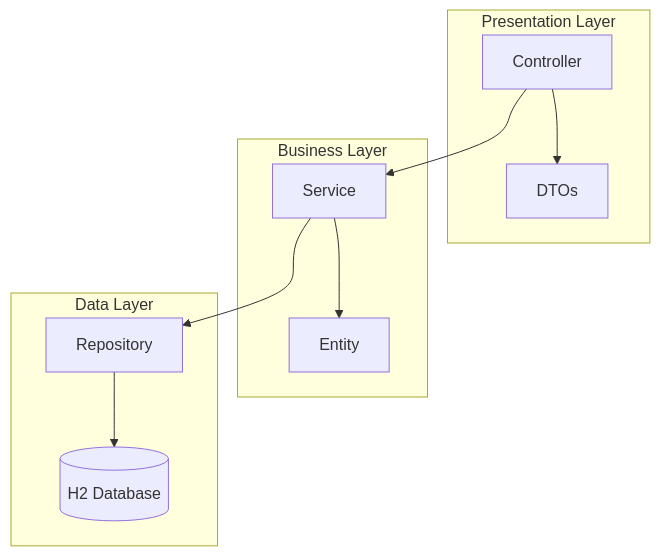
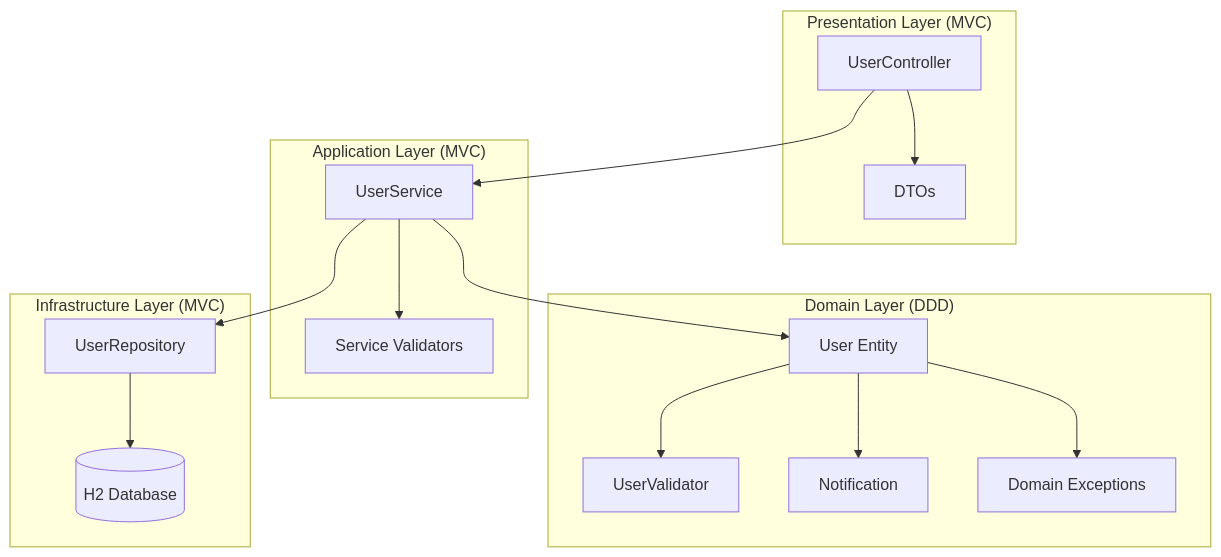
Before and after one commit to AlexCajeFelix/GRUPO-BUSINESS-BRASIL: the first of 4 diagrams in README.md, drawn with Mermaid. The commit also changed other lines of this file, not shown here.

````diff
--- a/README.md
+++ b/README.md
@@ -350,23 +534,34 @@
 ```mermaid
 graph TB
-    subgraph "Presentation Layer"
-        C[Controller]
+    subgraph "Presentation Layer (MVC)"
+        C[UserController]
         DTO[DTOs]
     end
     
-    subgraph "Business Layer"
-        S[Service]
-        E[Entity]
+    subgraph "Application Layer (MVC)"
+        S[UserService]
+        SV[Service Validators]
     end
     
-    subgraph "Data Layer"
-        R[Repository]
+    subgraph "Domain Layer (DDD)"
+        U[User Entity]
+        UV[UserValidator]
+        N[Notification]
+        DE[Domain Exceptions]
+    end
+    
+    subgraph "Infrastructure Layer (MVC)"
+        R[UserRepository]
         DB[(H2 Database)]
     end
     
     C --> S
+    S --> SV
+    S --> U
     S --> R
+    U --> UV
+    U --> N
+    U --> DE
     R --> DB
-    S --> E
     C --> DTO
 ```
````
